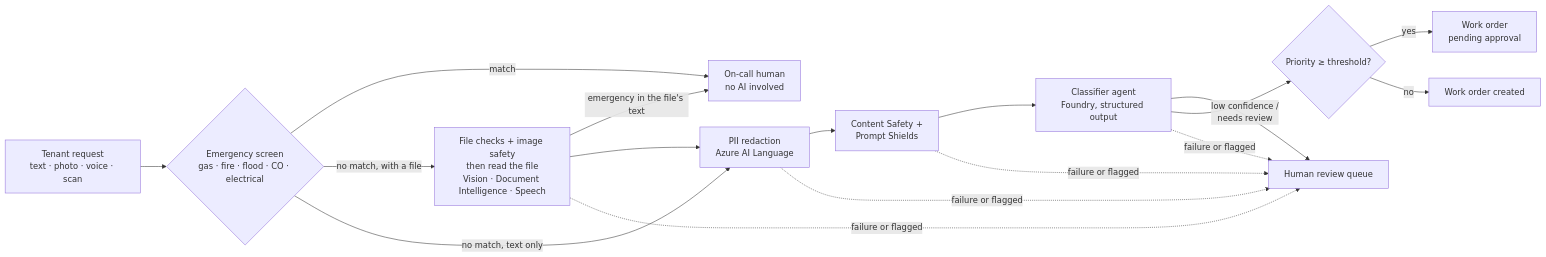
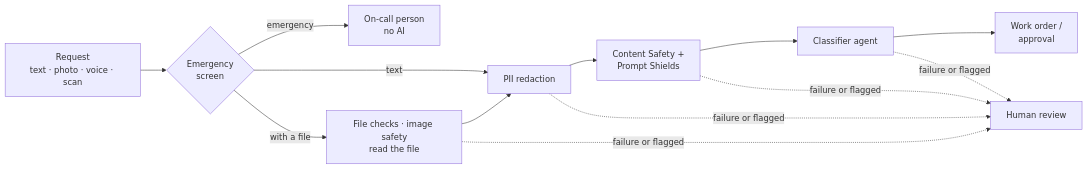
Before and after one commit to wasif1024/facilityops: the diagram in README.md, drawn with Mermaid. The commit also changed other lines of this file and 6 other files, not shown here.

````diff
--- a/README.md
+++ b/README.md
@@ -75,16 +51,12 @@
 ```mermaid
 flowchart LR
-    R[Tenant request<br/>text · photo · voice · scan] --> E{Emergency screen<br/>gas · fire · flood · CO · electrical}
-    E -- match --> H[On-call human<br/>no AI involved]
-    E -- "no match, with a file" --> F[File checks + image safety<br/>then read the file<br/>Vision · Document Intelligence · Speech]
-    F -- "emergency in the file's text" --> H
+    R[Request<br/>text · photo · voice · scan] --> E{Emergency<br/>screen}
+    E -- emergency --> H[On-call person<br/>no AI]
+    E -- with a file --> F[File checks · image safety<br/>read the file]
     F --> P
-    E -- "no match, text only" --> P[PII redaction<br/>Azure AI Language]
+    E -- text --> P[PII redaction]
     P --> S[Content Safety +<br/>Prompt Shields]
-    S --> C[Classifier agent<br/>Foundry, structured output]
-    C -- low confidence /<br/>needs review --> Q[Human review queue]
-    C --> T{Priority ≥ threshold?}
-    T -- yes --> A[Work order<br/>pending approval]
-    T -- no --> W[Work order created]
-    F & P & S & C -. "failure or flagged" .-> Q
+    S --> C[Classifier agent]
+    C --> W[Work order /<br/>approval]
+    F & P & S & C -. failure or flagged .-> Q[Human review]
 ```
````
